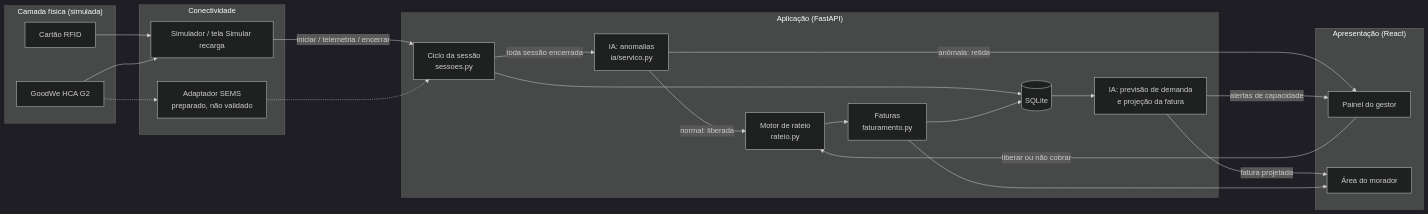
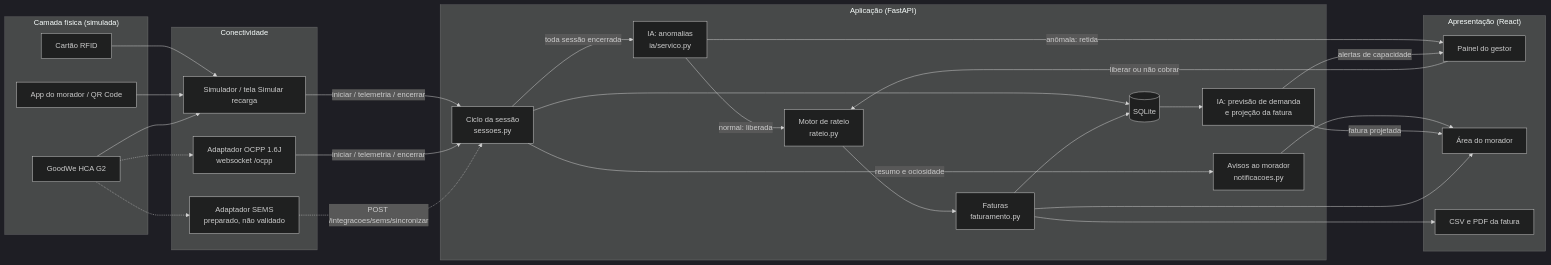
The diagram in README.md (FIAP-404/ev-chargeops-sprint02), drawn with Mermaid (dark theme) before and after one commit. The commit also changed other lines of this file and 1 other file, not shown here.

````diff
--- a/README.md
+++ b/README.md
@@ -99,39 +117,49 @@
 ```mermaid
 flowchart LR
     subgraph Fisica["Camada física (simulada)"]
         RFID[Cartão RFID]
+        APP[App do morador / QR Code]
         HCA[GoodWe HCA G2]
     end
     subgraph Conectividade
         SIM[Simulador / tela Simular recarga]
         SEMS[Adaptador SEMS<br/>preparado, não validado]
+        OCPP[Adaptador OCPP 1.6J<br/>websocket /ocpp]
     end
     subgraph Aplicacao["Aplicação (FastAPI)"]
         SES[Ciclo da sessão<br/>sessoes.py]
         IA[IA: anomalias<br/>ia/servico.py]
         RAT[Motor de rateio<br/>rateio.py]
         FAT[Faturas<br/>faturamento.py]
         PREV[IA: previsão de demanda<br/>e projeção da fatura]
+        NOT[Avisos ao morador<br/>notificacoes.py]
         DB[(SQLite)]
     end
     subgraph Apresentacao["Apresentação (React)"]
         GES[Painel do gestor]
         MOR[Área do morador]
+        EXP[CSV e PDF da fatura]
     end
     RFID --> SIM
+    APP --> SIM
     HCA --> SIM
     HCA -.-> SEMS
+    HCA -.-> OCPP
     SIM -->|iniciar / telemetria / encerrar| SES
-    SEMS -.-> SES
+    OCPP -->|iniciar / telemetria / encerrar| SES
+    SEMS -.->|POST /integracoes/sems/sincronizar| SES
     SES -->|toda sessão encerrada| IA
+    SES -->|resumo e ociosidade| NOT
+    NOT --> MOR
     IA -->|normal: liberada| RAT
     IA -->|anômala: retida| GES
     GES -->|liberar ou não cobrar| RAT
     RAT --> FAT
     SES --> DB
     FAT --> DB
     DB --> PREV
     PREV -->|alertas de capacidade| GES
     PREV -->|fatura projetada| MOR
     FAT --> MOR
+    FAT --> EXP
 ```
````
